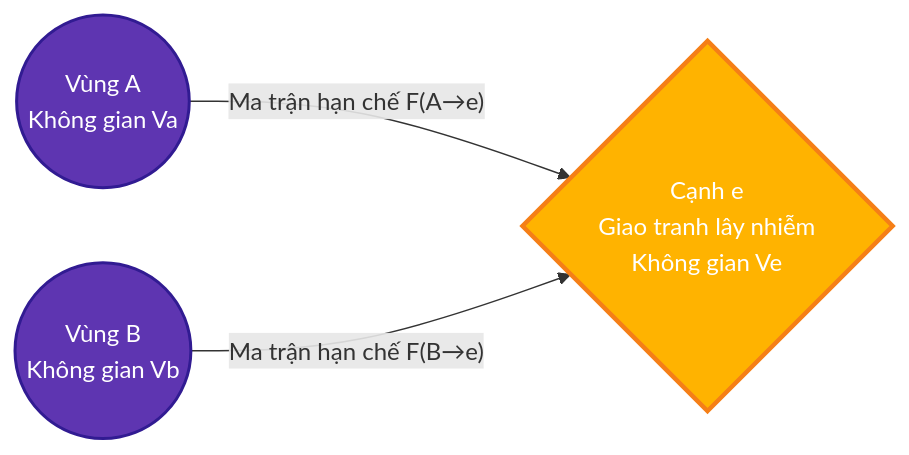
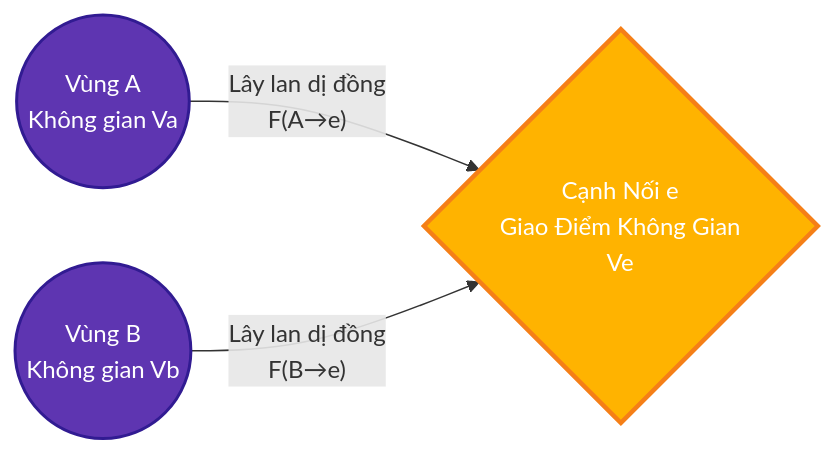
The third of 4 diagrams in README.md (danielhuynh-04/Sheaf-Attention-Networks-in-forecasting-Dengue-fever-in-Brazil.), drawn with Mermaid before and after one commit. The commit also changed other lines of this file, not shown here.

````diff
--- a/README.md
+++ b/README.md
@@ -72,9 +62,8 @@
 ```mermaid
 graph LR
-    A((Vùng A<br>Không gian Va)) -- "Ma trận hạn chế F(A→e)" --> E{Cạnh e<br>Giao tranh lây nhiễm<br>Không gian Ve}
-    B((Vùng B<br>Không gian Vb)) -- "Ma trận hạn chế F(B→e)" --> E
-    
+    A((Vùng A<br>Không gian Va)) -- "Lây lan dị đồng<br>F(A→e)" --> E{Cạnh Nối e<br>Giao Điểm Không Gian<br>Ve}
+    B((Vùng B<br>Không gian Vb)) -- "Lây lan dị đồng<br>F(B→e)" --> E
     style A fill:#5e35b1,color:#fff,stroke:#311b92,stroke-width:2px;
     style B fill:#5e35b1,color:#fff,stroke:#311b92,stroke-width:2px;
     style E fill:#ffb300,color:#fff,shape:hexagon,stroke:#f57f17,stroke-width:3px;
 ```
````
